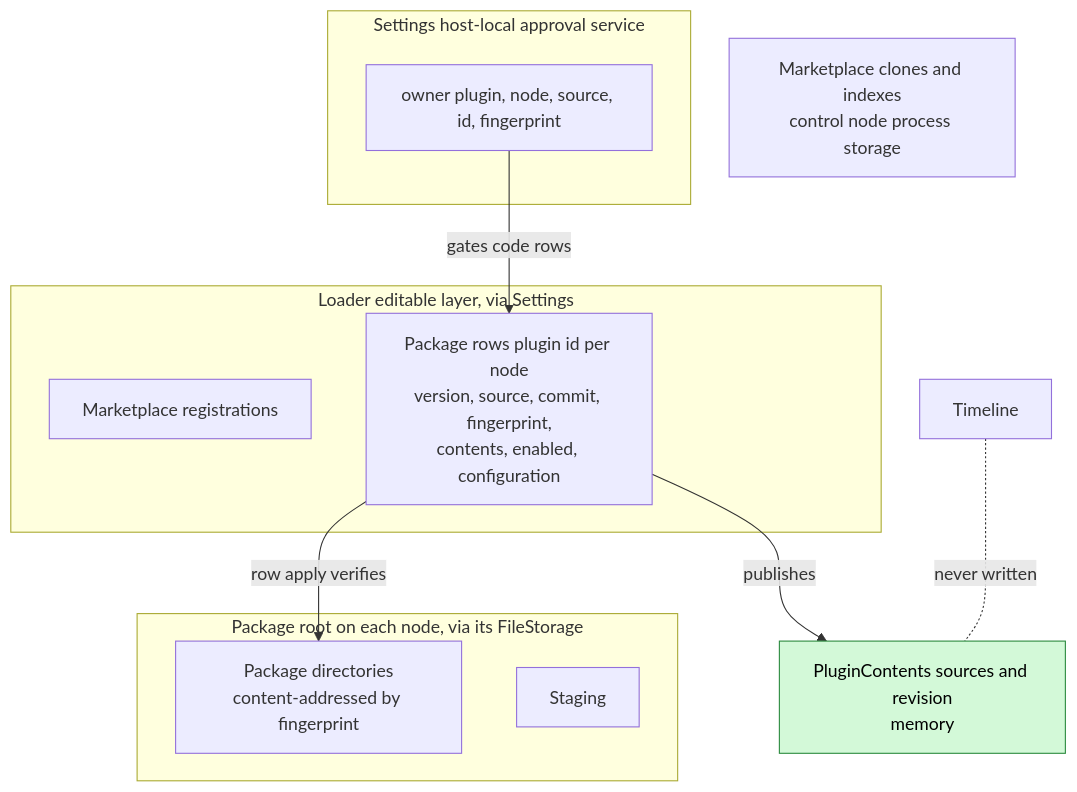
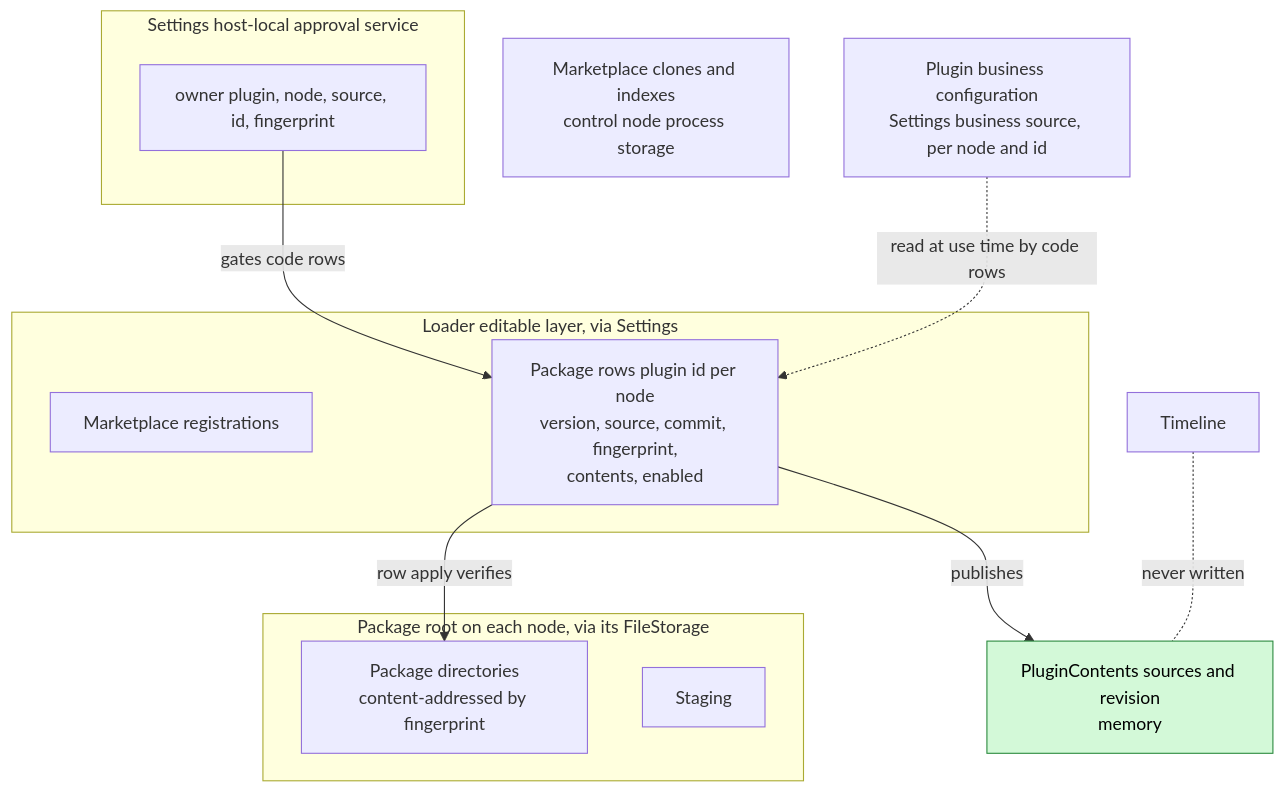
One commit to CoutinhoTTS/dim-agent changed the second of 6 diagrams in docs/design/plugins/PluginManager.md. Above: the diagram before and after it, drawn with Mermaid. The commit also changed other lines of this file and 3 other files, not shown here.

````diff
--- a/docs/design/plugins/PluginManager.md
+++ b/docs/design/plugins/PluginManager.md
@@ -52,22 +52,24 @@
 ```mermaid
 flowchart TB
   subgraph LEL["Loader editable layer, via Settings"]
     MK["Marketplace registrations"]
-    PR["Package rows plugin id per node<br/>version, source, commit, fingerprint,<br/>contents, enabled, configuration"]
+    PR["Package rows plugin id per node<br/>version, source, commit, fingerprint,<br/>contents, enabled"]
   end
+  BC["Plugin business configuration<br/>Settings business source, per node and id"]
   subgraph HLA["Settings host-local approval service"]
     AP["owner plugin, node, source, id, fingerprint"]
   end
   subgraph PS["Package root on each node, via its FileStorage"]
     PKG["Package directories<br/>content-addressed by fingerprint"]
     STG["Staging"]
   end
   CACHE["Marketplace clones and indexes<br/>control node process storage"]
   MEM["PluginContents sources and revision<br/>memory"]:::new
   TL["Timeline"]
   PR -->|"row apply verifies"| PKG
   PR -->|"publishes"| MEM
   AP -->|"gates code rows"| PR
+  BC -.->|"read at use time by code rows"| PR
   TL -.-|"never written"| MEM
   classDef new fill:#d3f9d8,stroke:#2b8a3e,color:#000
 ```
````
